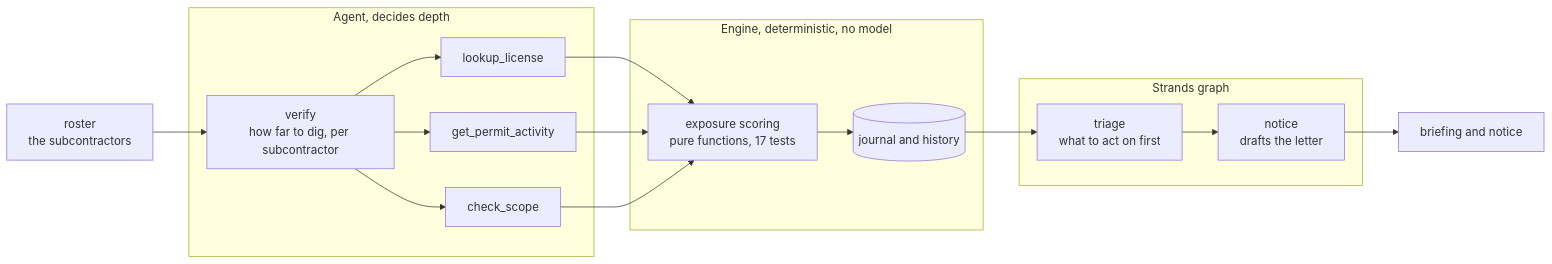
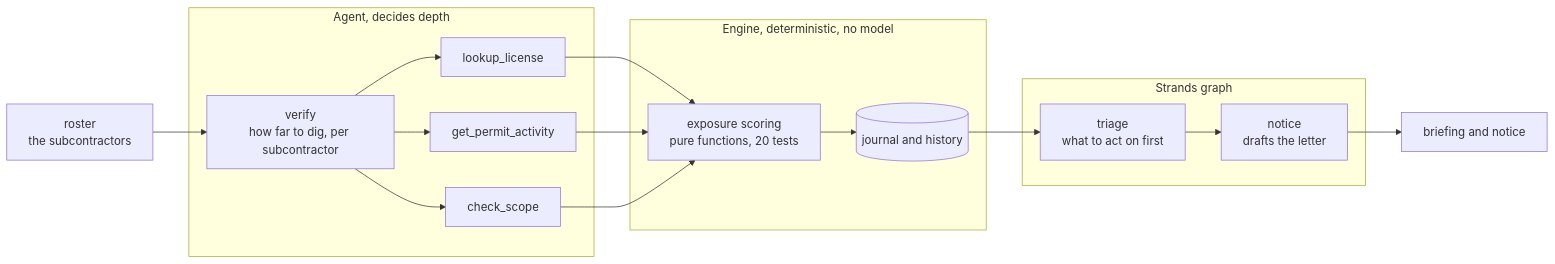
One commit to tomcode1000/Proto changed the diagram in README.md. Above: the diagram before and after it, drawn with Mermaid. The commit also changed other lines of this file and 9 other files, not shown here.

````diff
--- a/README.md
+++ b/README.md
@@ -56,28 +56,28 @@
 ```mermaid
 flowchart LR
     R[roster<br/>the subcontractors] --> V
 
     subgraph agent [Agent, decides depth]
         V[verify<br/>how far to dig, per subcontractor]
         V --> T1[lookup_license]
         V --> T2[get_permit_activity]
         V --> T3[check_scope]
     end
 
     T1 --> E
     T2 --> E
     T3 --> E
 
     subgraph engine [Engine, deterministic, no model]
-        E[exposure scoring<br/>pure functions, 17 tests]
+        E[exposure scoring<br/>pure functions, 20 tests]
         E --> J[(journal and history)]
     end
 
     J --> G
 
     subgraph graph [Strands graph]
         G[triage<br/>what to act on first] --> N[notice<br/>drafts the letter]
     end
 
     N --> O[briefing and notice]
 ```
````
